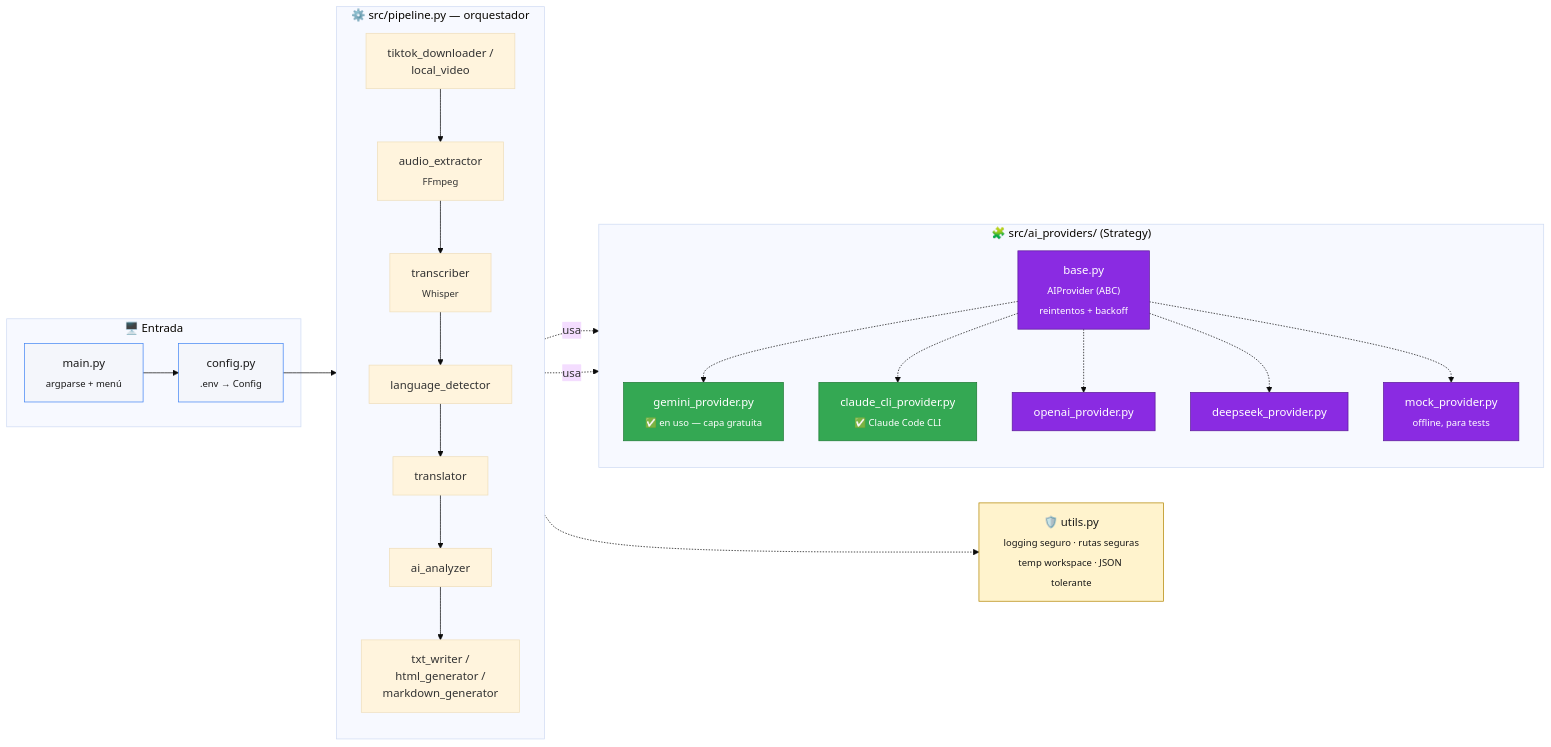
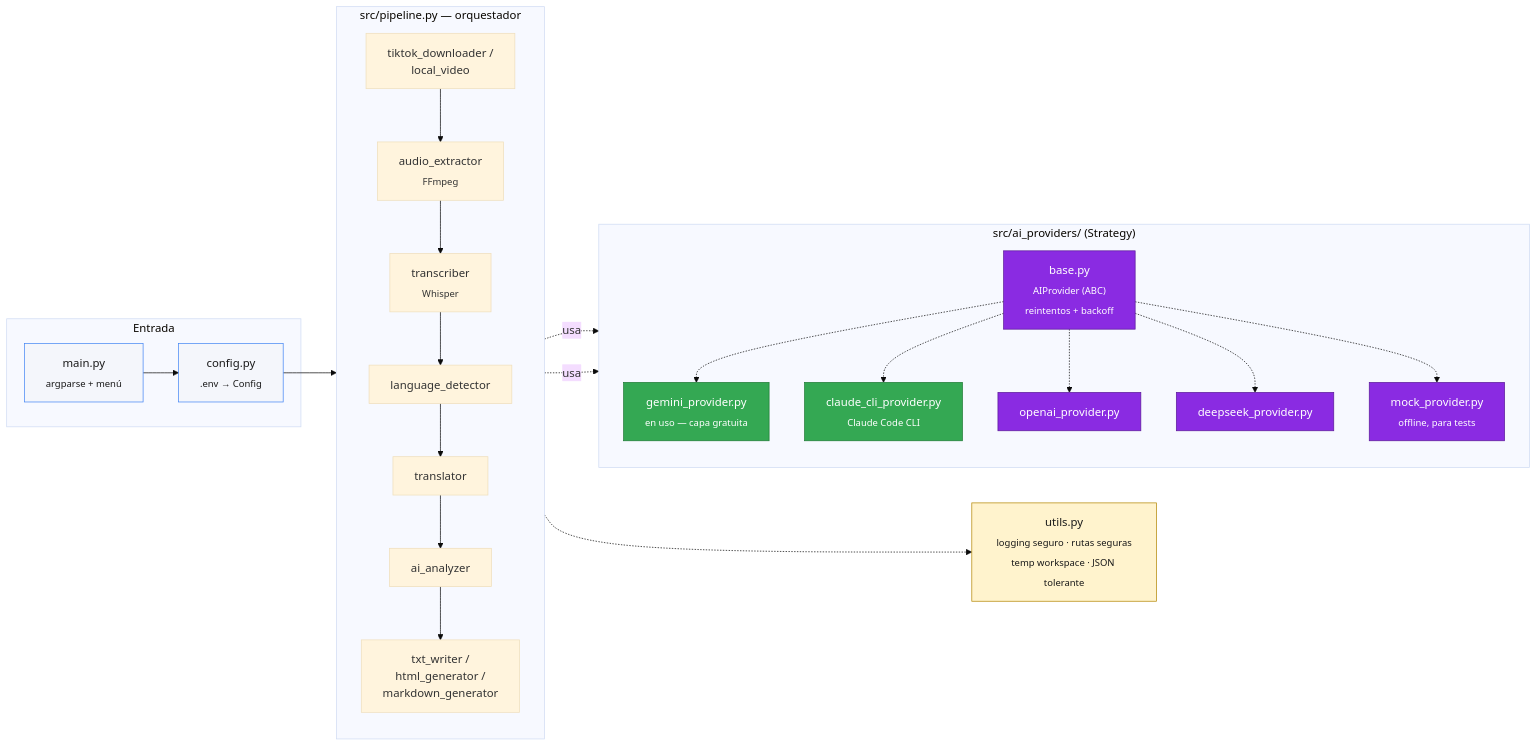
One commit to Javier3921/Extractor_texto_tiktok changed the second of 2 diagrams in README.md. Above: the diagram before and after it, drawn with Mermaid (base theme). The commit also changed other lines of this file, not shown here.

Commit message:
docs: quita los emojis del README y completa Claude en seguridad y limitaciones

````diff
--- a/README.md
+++ b/README.md
@@ -341,49 +341,49 @@
 ```mermaid
 flowchart LR
-    subgraph CLI["🖥️ Entrada"]
+    subgraph CLI["Entrada"]
         M["main.py<br/><sub>argparse + menú</sub>"]
         CFG["config.py<br/><sub>.env → Config</sub>"]
     end
 
-    subgraph PIPE["⚙️ src/pipeline.py — orquestador"]
+    subgraph PIPE["src/pipeline.py — orquestador"]
         direction TB
         S1["tiktok_downloader /<br/>local_video"]
         S2["audio_extractor<br/><sub>FFmpeg</sub>"]
         S3["transcriber<br/><sub>Whisper</sub>"]
         S4["language_detector"]
         S5["translator"]
         S6["ai_analyzer"]
         S7["txt_writer /<br/>html_generator /<br/>markdown_generator"]
         S1 --> S2 --> S3 --> S4 --> S5 --> S6 --> S7
     end
 
-    subgraph AI["🧩 src/ai_providers/ (Strategy)"]
+    subgraph AI["src/ai_providers/ (Strategy)"]
         BASE["base.py<br/><sub>AIProvider (ABC)<br/>reintentos + backoff</sub>"]
-        GEM["gemini_provider.py<br/><sub>✅ en uso — capa gratuita</sub>"]
-        CLA["claude_cli_provider.py<br/><sub>✅ Claude Code CLI</sub>"]
+        GEM["gemini_provider.py<br/><sub>en uso — capa gratuita</sub>"]
+        CLA["claude_cli_provider.py<br/><sub>Claude Code CLI</sub>"]
         OAI["openai_provider.py"]
         DS["deepseek_provider.py"]
         MOCK["mock_provider.py<br/><sub>offline, para tests</sub>"]
         BASE -.-> GEM
         BASE -.-> CLA
         BASE -.-> OAI
         BASE -.-> DS
         BASE -.-> MOCK
     end
 
-    UTILS["🛡️ utils.py<br/><sub>logging seguro · rutas seguras<br/>temp workspace · JSON tolerante</sub>"]
+    UTILS["utils.py<br/><sub>logging seguro · rutas seguras<br/>temp workspace · JSON tolerante</sub>"]
 
     M --> CFG --> PIPE
     S5 -.usa.-> AI
     S6 -.usa.-> AI
     PIPE -.-> UTILS
 
     classDef entrada fill:#f4f6fb,stroke:#4285F4,color:#1a1a1a
     classDef ia fill:#8A2BE2,stroke:#5b1a99,color:#fff
     classDef activo fill:#34A853,stroke:#1e7a34,color:#fff
     classDef util fill:#fff3cd,stroke:#b38600,color:#1a1a1a
     class M,CFG entrada
     class BASE,OAI,DS,MOCK ia
     class GEM,CLA activo
     class UTILS util
 ```
````
